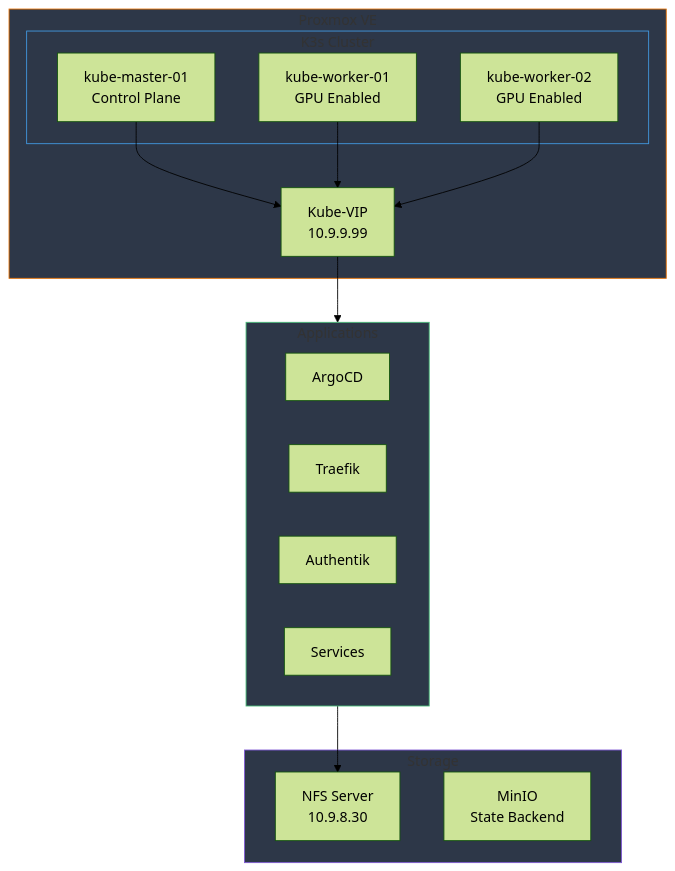
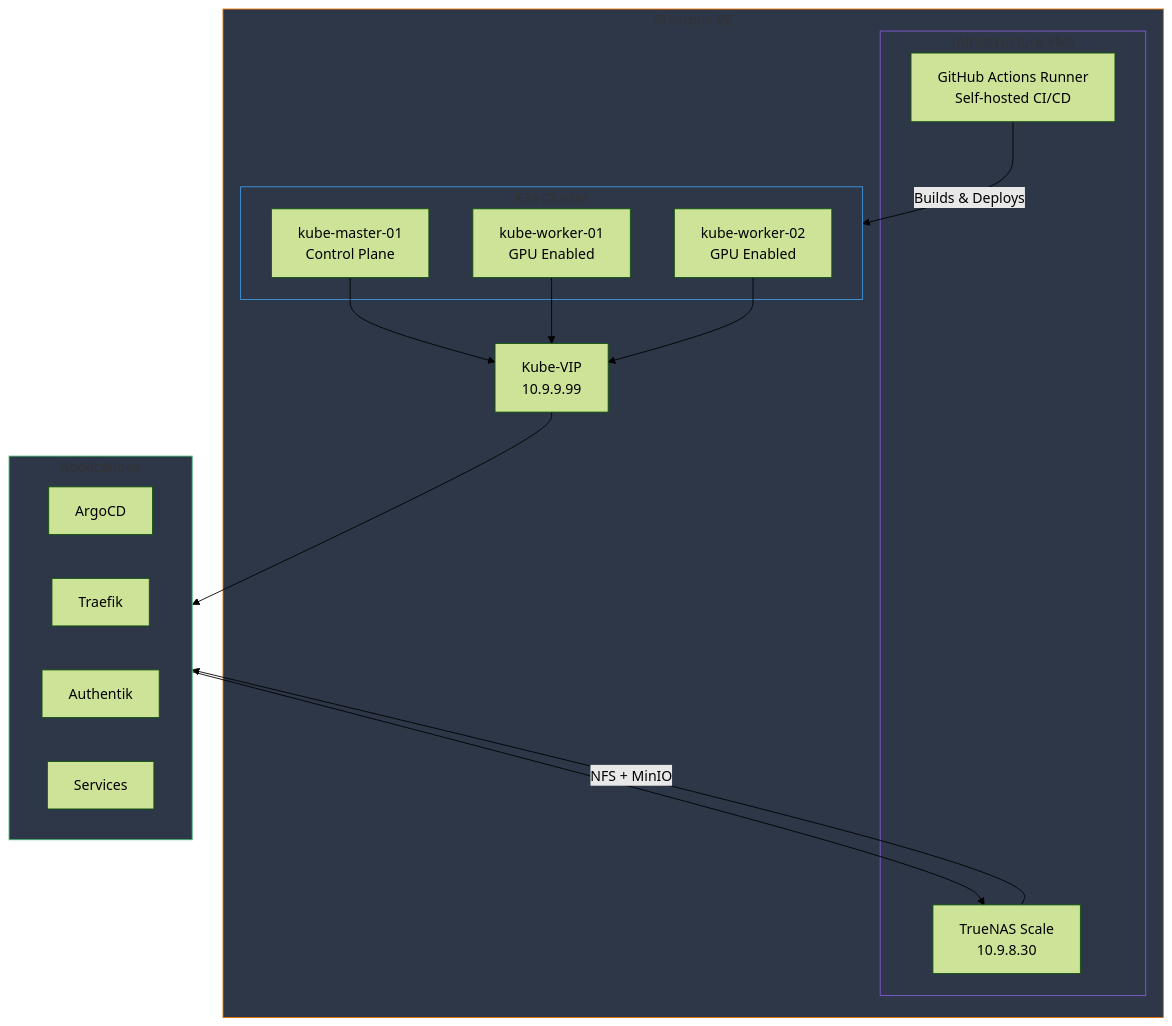
The second of 6 diagrams in profile/README.md (Starktastic-Homelab/.github), drawn with Mermaid (forest theme) before and after one commit. The commit also changed other lines of this file, not shown here.

Commit message:
docs: add TrueNAS Scale and GitHub Actions runner to architecture

````diff
--- a/profile/README.md
+++ b/profile/README.md
@@ -45,35 +45,37 @@
 ```mermaid
 flowchart TB
     subgraph Proxmox["Proxmox VE"]
         subgraph Cluster["K3s Cluster"]
             Master["kube-master-01<br/>Control Plane"]
             Worker1["kube-worker-01<br/>GPU Enabled"]
             Worker2["kube-worker-02<br/>GPU Enabled"]
         end
         
         VIP["Kube-VIP<br/>10.9.9.99"]
+        
+        subgraph Infrastructure["Infrastructure VMs"]
+            Runner["GitHub Actions Runner<br/>Self-hosted CI/CD"]
+            TrueNAS["TrueNAS Scale<br/>10.9.8.30"]
+        end
     end
     
     subgraph Apps["Applications"]
         ArgoCD[ArgoCD]
         Traefik[Traefik]
         Authentik[Authentik]
         Services[Services]
     end
     
-    subgraph Storage["Storage"]
-        NFS["NFS Server<br/>10.9.8.30"]
-        MinIO["MinIO<br/>State Backend"]
-    end
-    
     Master --> VIP
     Worker1 --> VIP
     Worker2 --> VIP
     VIP --> Apps
-    Apps --> NFS
+    Apps --> TrueNAS
+    Runner -->|"Builds & Deploys"| Cluster
+    TrueNAS -->|"NFS + MinIO"| Apps
     
     style Proxmox fill:#2d3748,stroke:#e57000
     style Cluster fill:#2d3748,stroke:#4299e1
+    style Infrastructure fill:#2d3748,stroke:#805ad5
     style Apps fill:#2d3748,stroke:#48bb78
-    style Storage fill:#2d3748,stroke:#805ad5
 ```
````
